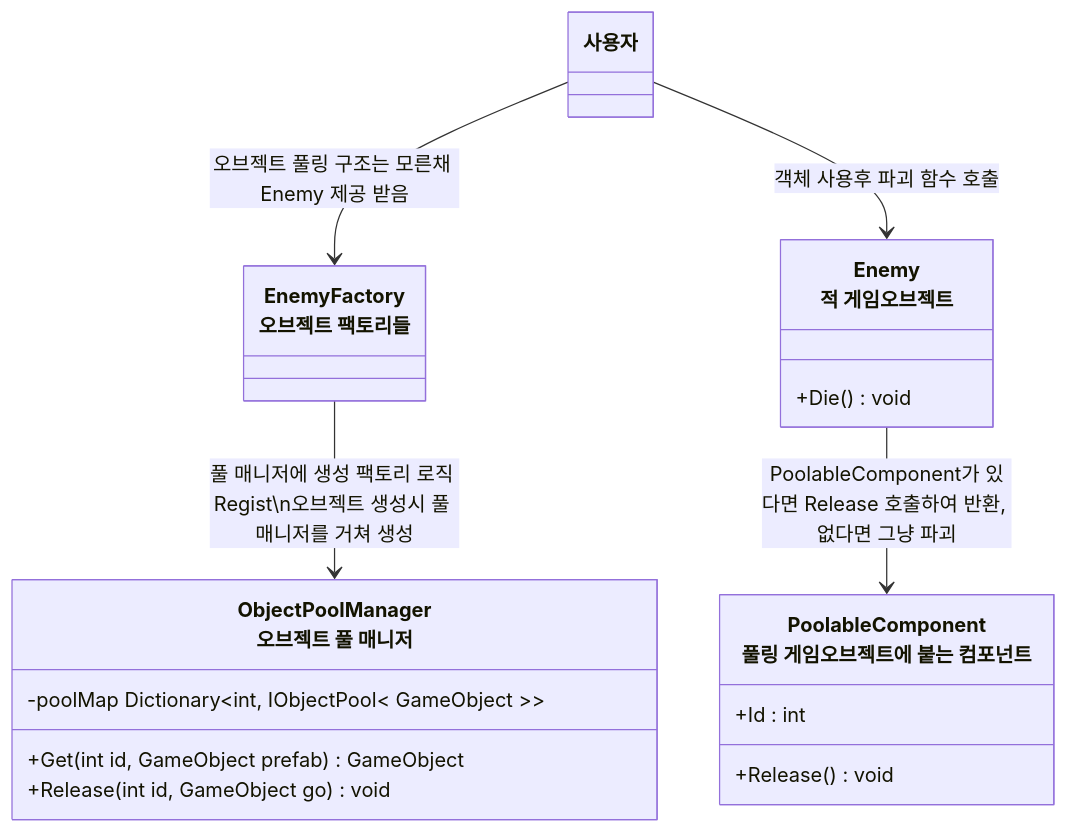
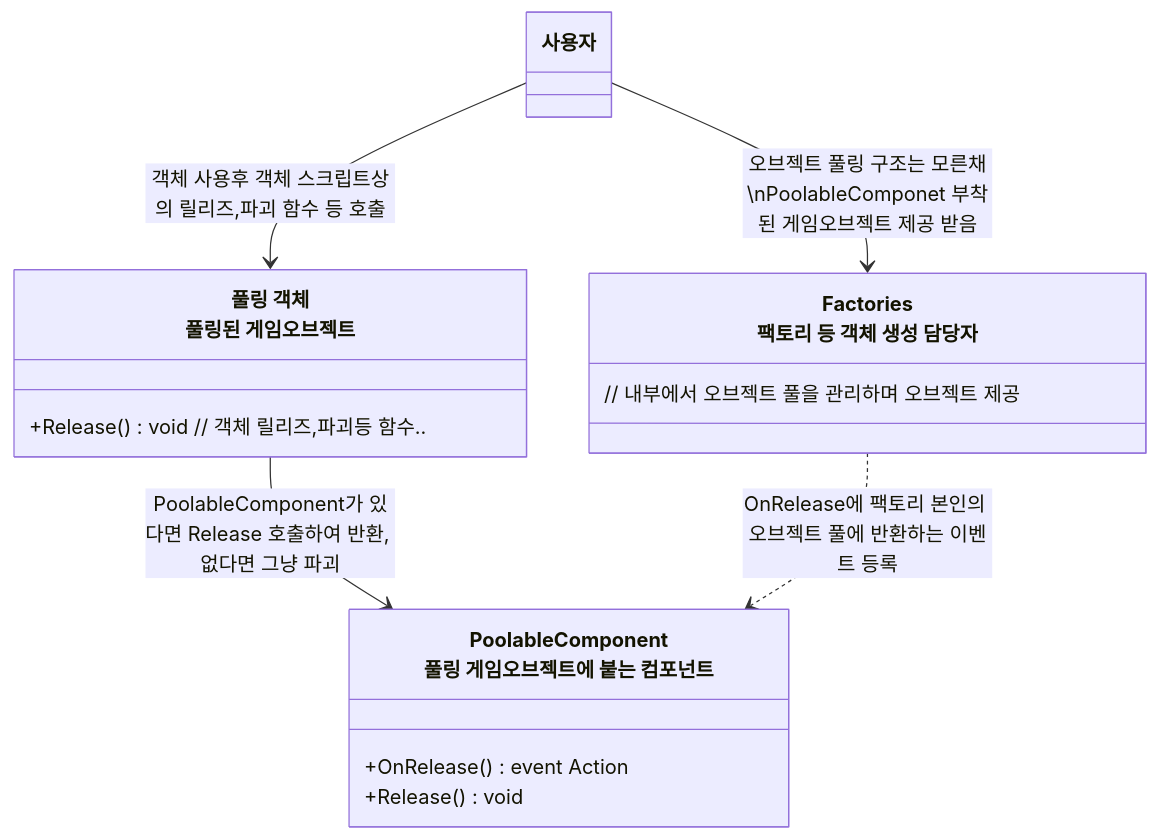
The diagram in README/오브젝트_풀링_설계.md (JIN5EOK/DungeonShooter), drawn with Mermaid before and after one commit. The commit also changed other lines of this file, not shown here.

````diff
--- a/README/오브젝트_풀링_설계.md
+++ b/README/오브젝트_풀링_설계.md
@@ -9,27 +7,21 @@
 ```mermaid
 classDiagram
-    class ObjectPoolManager["ObjectPoolManager<br>오브젝트 풀 매니저"]{
-        -poolMap Dictionary~int, IObjectPool< GameObject >~
-        +Get(int id, GameObject prefab) GameObject
-        +Release(int id, GameObject go) void
-    }
-    
-    class EnemyFactory["EnemyFactory<br>오브젝트 팩토리들"]{
-        
+    class Factories["Factories<br>팩토리 등 객체 생성 담당자"]{
+        // 내부에서 오브젝트 풀을 관리하며 오브젝트 제공
     }
     
     class PoolableComponent["PoolableComponent<br>풀링 게임오브젝트에 붙는 컴포넌트"]{
-        +Id : int
+        +OnRelease() event Action
         +Release() void
     }
     
-    class Enemy["Enemy<br>적 게임오브젝트"]{
-        +Die() void
+    class 풀링객체["풀링 객체<br>풀링된 게임오브젝트"]{
+        +Release() void // 객체 릴리즈,파괴등 함수.. 
     }
     
-    EnemyFactory --> ObjectPoolManager : 풀 매니저에 생성 팩토리 로직 Regist\n오브젝트 생성시 풀 매니저를 거쳐 생성
-    사용자 --> EnemyFactory : 오브젝트 풀링 구조는 모른채 Enemy 제공 받음
-    사용자 --> Enemy : 객체 사용후 파괴 함수 호출
-    
-    Enemy --> PoolableComponent : PoolableComponent가 있다면 Release 호출하여 반환, 없다면 그냥 파괴
+    사용자 --> Factories : 오브젝트 풀링 구조는 모른채\nPoolableComponet 부착된 게임오브젝트 제공 받음
+    사용자 --> 풀링객체 : 객체 사용후 객체 스크립트상의 릴리즈,파괴 함수 등 호출
+
+    풀링객체 --> PoolableComponent : PoolableComponent가 있다면 Release 호출하여 반환, 없다면 그냥 파괴
+    Factories ..> PoolableComponent : OnRelease에 팩토리 본인의 오브젝트 풀에 반환하는 이벤트 등록
 ```
````
